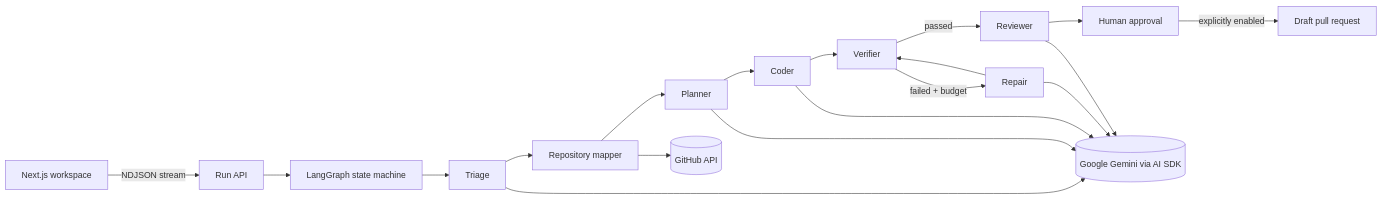
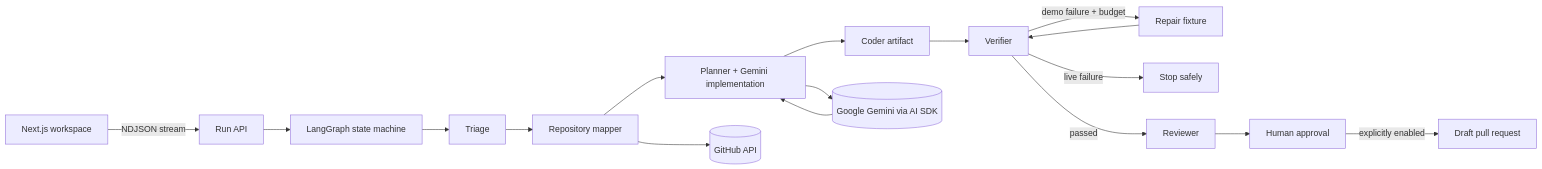
One commit to sagarbagwe/patchpilot- changed the diagram in README.md. Above: the diagram before and after it, drawn with Mermaid. The commit also changed other lines of this file and 5 other files, not shown here.

First line of the commit message:
Fix Gemini live runs hanging during implementation

````diff
--- a/README.md
+++ b/README.md
@@ -75,23 +78,21 @@
 ```mermaid
 flowchart LR
     UI[Next.js workspace] -->|NDJSON stream| API[Run API]
     API --> GRAPH[LangGraph state machine]
 
     GRAPH --> T[Triage]
     T --> R[Repository mapper]
-    R --> P[Planner]
-    P --> C[Coder]
+    R --> P[Planner + Gemini implementation]
+    P --> C[Coder artifact]
     C --> V[Verifier]
-    V -->|failed + budget| F[Repair]
+    V -->|demo failure + budget| F[Repair fixture]
     F --> V
+    V -->|live failure| X[Stop safely]
     V -->|passed| Q[Reviewer]
     Q --> H[Human approval]
 
     R --> GH[(GitHub API)]
-    T --> LLM[(Google Gemini via AI SDK)]
     P --> LLM
-    C --> LLM
-    F --> LLM
-    Q --> LLM
+    LLM[(Google Gemini via AI SDK)] --> P
     H -->|explicitly enabled| PR[Draft pull request]
 ```
````
